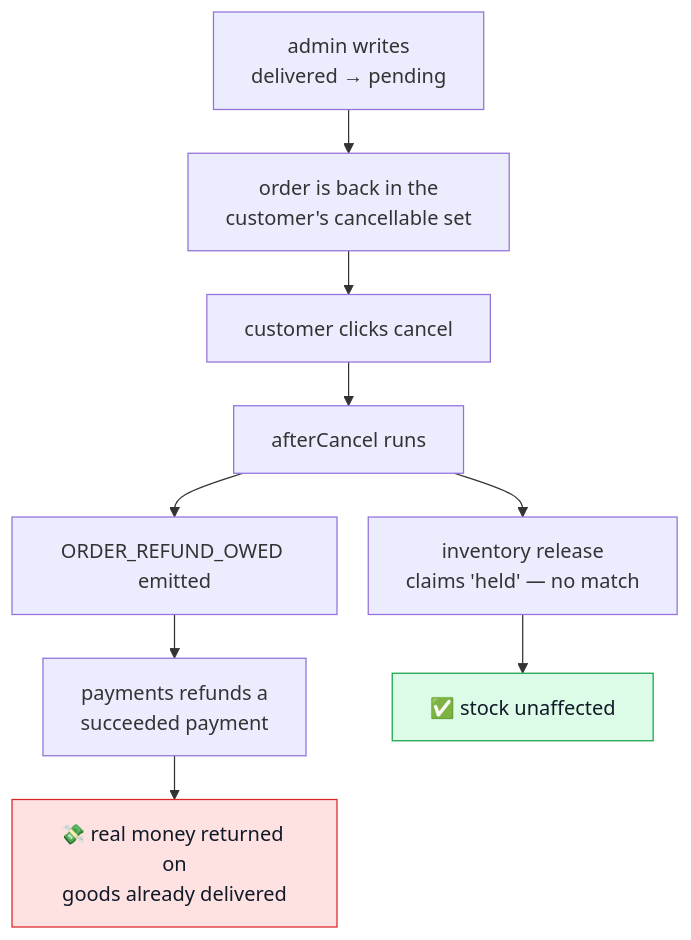
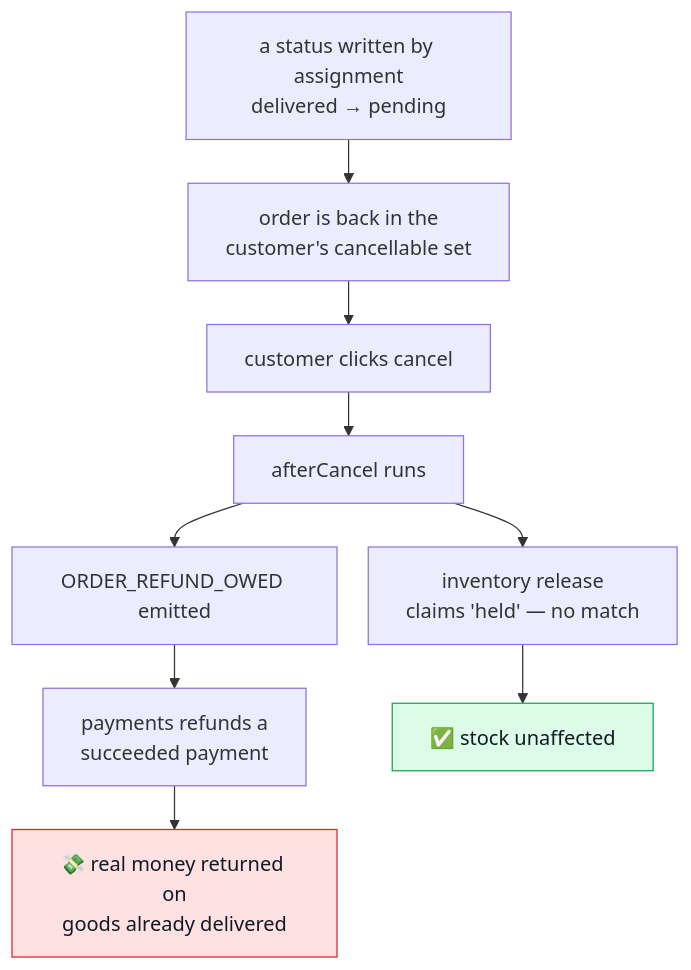
Before and after one commit to Guebbit/boilerplate-node-backend: the fourth of 11 diagrams in docs/theory/tactical-ddd.md, drawn with Mermaid. The commit also changed other lines of this file and 130 other files, not shown here.

````diff
--- a/docs/theory/tactical-ddd.md
+++ b/docs/theory/tactical-ddd.md
@@ -149,17 +143,17 @@
 ```mermaid
 %%{init: {'flowchart': {'nodeSpacing': 25, 'rankSpacing': 35}}}%%
 flowchart TD
-    A["admin writes<br/>delivered → pending"] --> B["order is back in the<br/>customer's cancellable set"]
+    A["a status written by assignment<br/>delivered → pending"] --> B["order is back in the<br/>customer's cancellable set"]
     B --> C["customer clicks cancel"]
     C --> D["afterCancel runs"]
     D --> E2["ORDER_REFUND_OWED emitted"]
     E2 --> E["payments refunds a<br/>succeeded payment"]
     D --> F["inventory release<br/>claims 'held' — no match"]
     E --> G["💸 real money returned on<br/>goods already delivered"]
     F --> H["✅ stock unaffected"]
 
     classDef bad fill:#fee2e2,stroke:#dc2626,color:#111827;
     classDef ok fill:#dcfce7,stroke:#16a34a,color:#111827;
     class G bad;
     class H ok;
 ```
````
